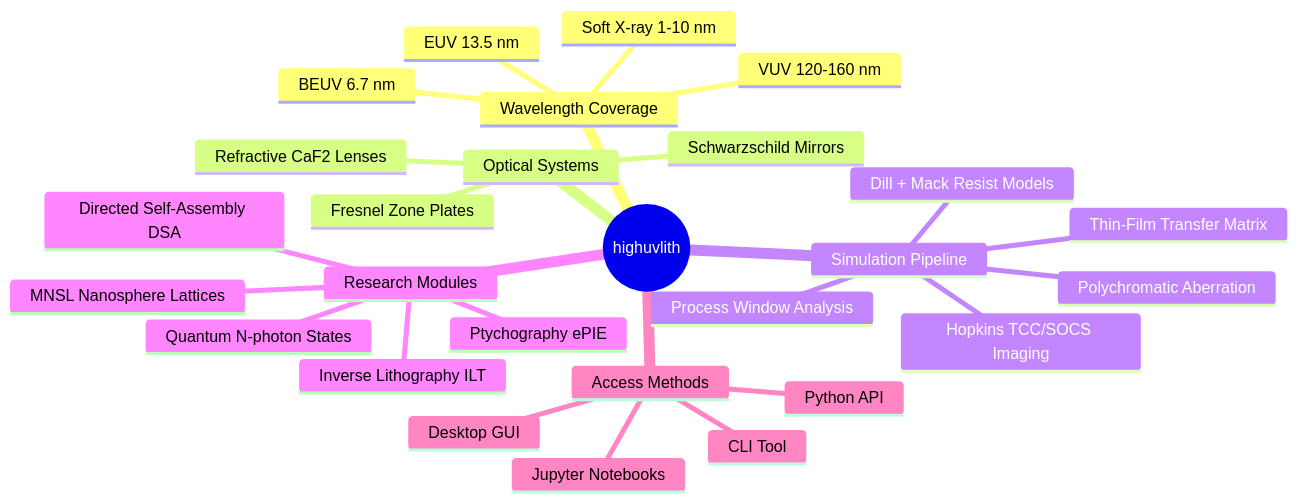
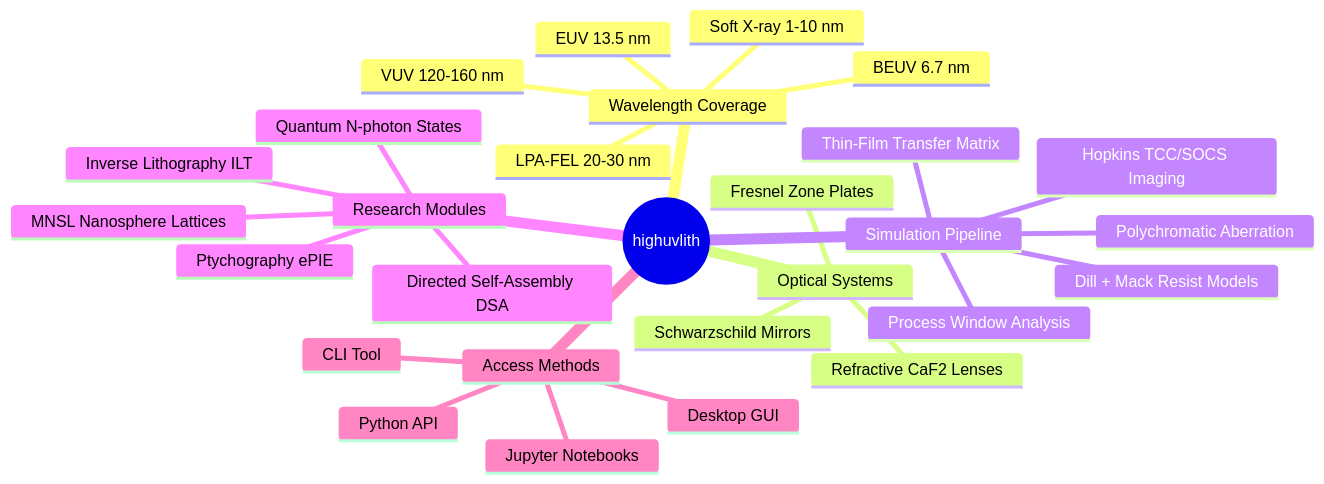
Before and after one commit to EMinsight/highuvlith: the first of 10 diagrams in README.md, drawn with Mermaid. The commit also changed other lines of this file and 12 other files, not shown here.

Commit message:
Implement LpaFelSource

````diff
--- a/README.md
+++ b/README.md
@@ -15,30 +15,31 @@
 ```mermaid
 mindmap
   root((highuvlith))
     Wavelength Coverage
       VUV 120-160 nm
+      LPA-FEL 20-30 nm
       EUV 13.5 nm
       BEUV 6.7 nm
       Soft X-ray 1-10 nm
     Optical Systems
       Refractive CaF2 Lenses
       Fresnel Zone Plates
       Schwarzschild Mirrors
     Simulation Pipeline
       Hopkins TCC/SOCS Imaging
       Polychromatic Aberration
       Thin-Film Transfer Matrix
       Dill + Mack Resist Models
       Process Window Analysis
     Research Modules
       Inverse Lithography ILT
       Directed Self-Assembly DSA
       Ptychography ePIE
       Quantum N-photon States
       MNSL Nanosphere Lattices
     Access Methods
       Python API
       CLI Tool
       Desktop GUI
       Jupyter Notebooks
 ```
````
